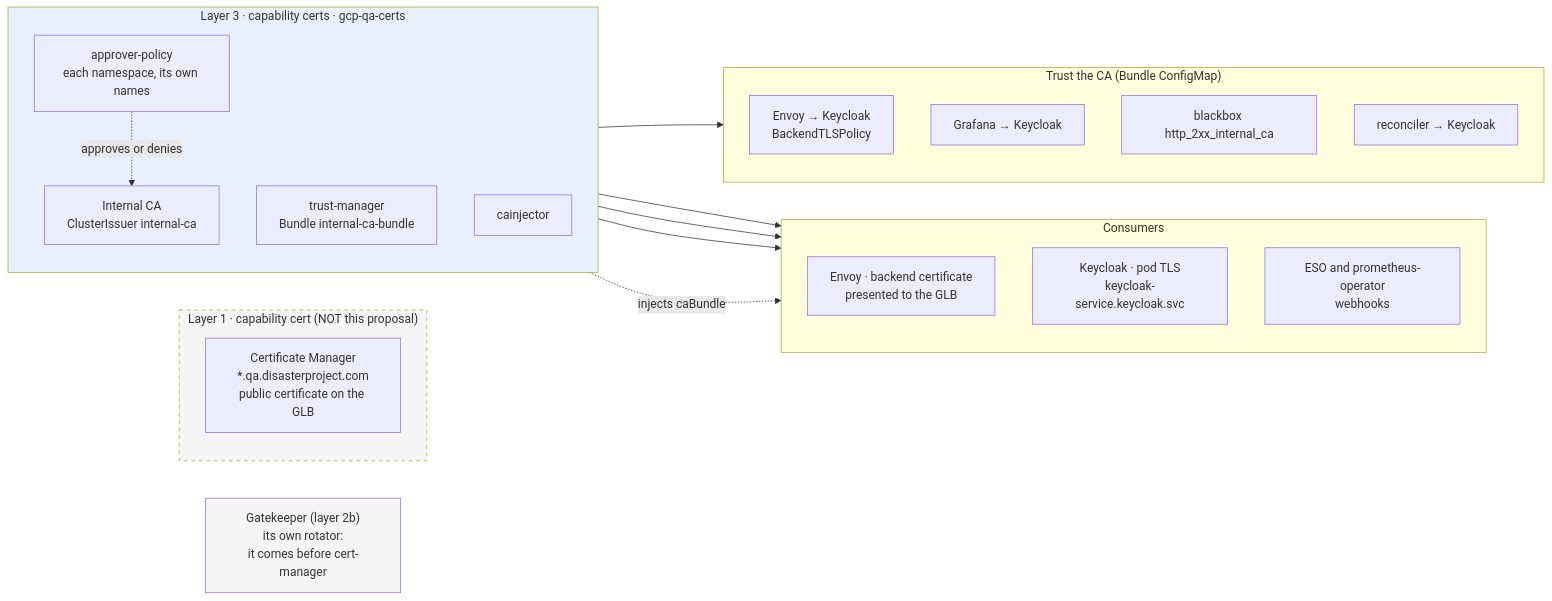
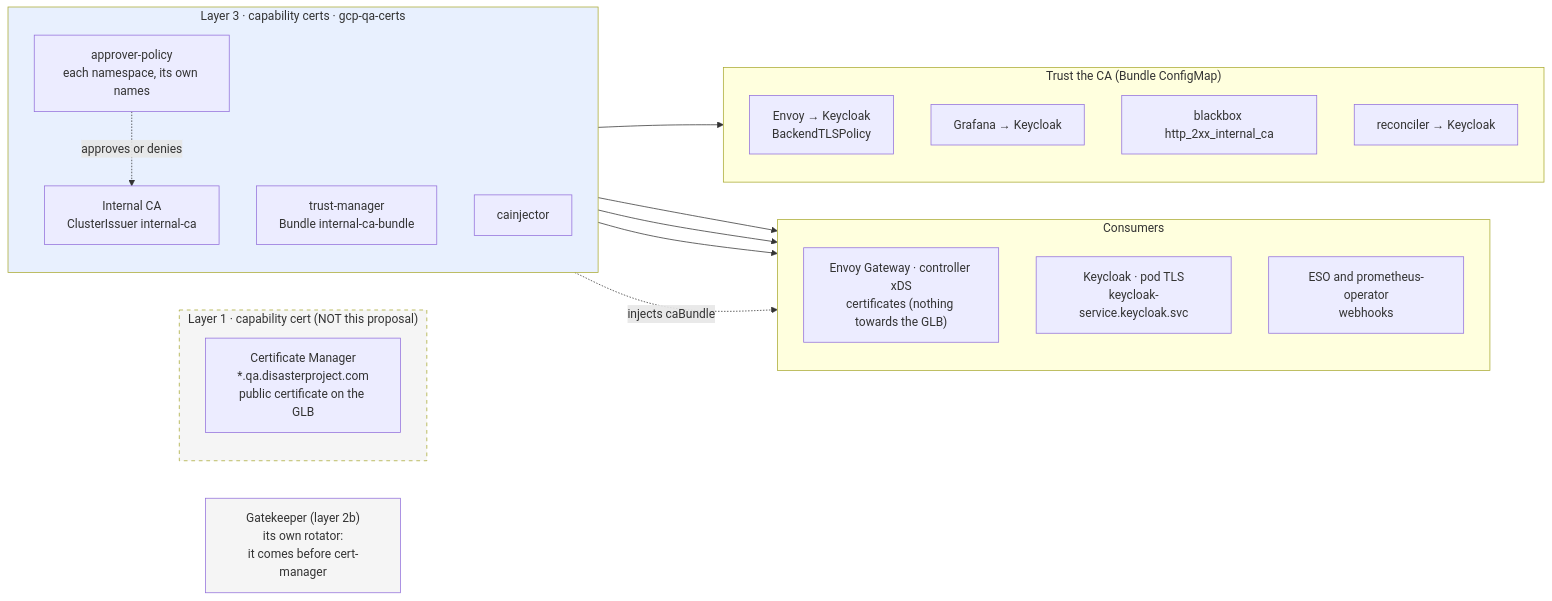
The diagram in docs/en/proposals/cert-manager-qa/diagrams/01-contexto.mmd (aescanero/proposal_documents), drawn with Mermaid before and after one commit. The commit also changed 53 other files, not shown here.

First line of the commit message:
Edge depends only downward: GLB to Envoy over HTTP (en and es)

```diff
--- a/docs/en/proposals/cert-manager-qa/diagrams/01-contexto.mmd
+++ b/docs/en/proposals/cert-manager-qa/diagrams/01-contexto.mmd
@@ -1,40 +1,40 @@
 flowchart LR
     subgraph EDGE["Layer 1 · capability cert (NOT this proposal)"]
         CM["Certificate Manager<br/>*.qa.disasterproject.com<br/>public certificate on the GLB"]
     end
 
     subgraph L3["Layer 3 · capability certs · gcp-qa-certs"]
         direction TB
         CA["Internal CA<br/>ClusterIssuer internal-ca"]
         AP["approver-policy<br/>each namespace, its own names"]
         TM["trust-manager<br/>Bundle internal-ca-bundle"]
         CI["cainjector"]
     end
 
     subgraph CONS["Consumers"]
         direction TB
-        GW["Envoy · backend certificate<br/>presented to the GLB"]
+        GW["Envoy Gateway · controller xDS<br/>certificates (nothing towards the GLB)"]
         KC["Keycloak · pod TLS<br/>keycloak-service.keycloak.svc"]
         WH["ESO and prometheus-operator<br/>webhooks"]
     end
 
     subgraph TRUST["Trust the CA (Bundle ConfigMap)"]
         direction TB
         E2["Envoy → Keycloak<br/>BackendTLSPolicy"]
         G2["Grafana → Keycloak"]
         B2["blackbox http_2xx_internal_ca"]
         R2["reconciler → Keycloak"]
     end
 
     GK["Gatekeeper (layer 2b)<br/>its own rotator:<br/>it comes before cert-manager"]
 
     CA --> GW
     CA --> KC
     CA --> WH
     AP -. "approves or denies" .-> CA
     CI -. "injects caBundle" .-> WH
     TM --> TRUST
 
     style EDGE fill:#f5f5f5,stroke-dasharray: 5 5
     style L3 fill:#e8f0fe
     style GK fill:#f5f5f5
```
